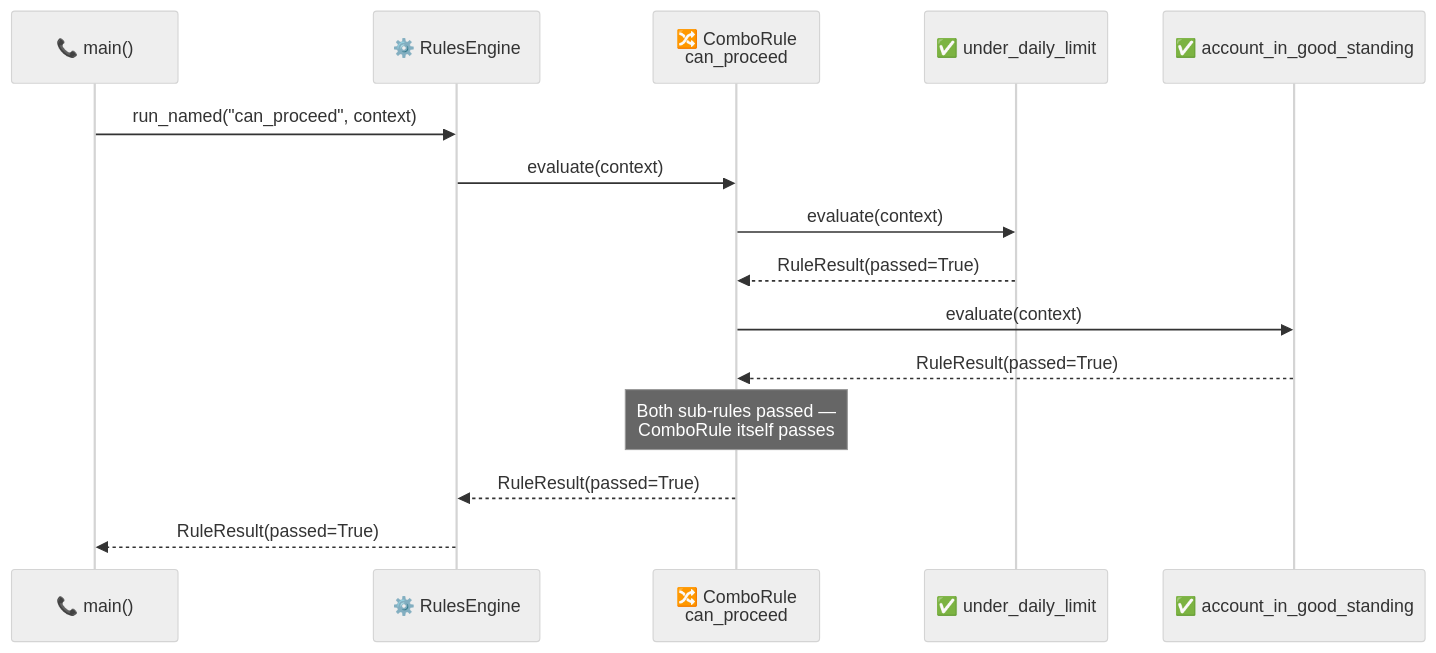
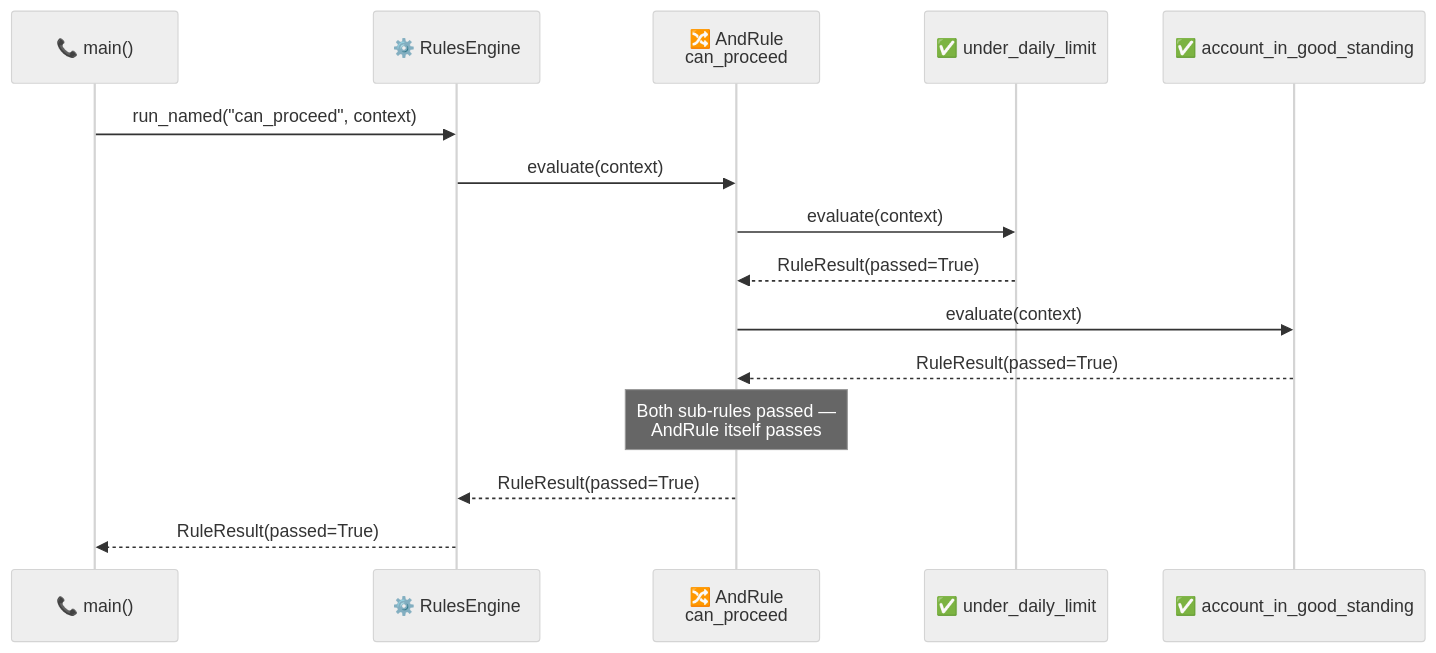
One commit to pawan-vyas/verdict-rules changed the diagram in python/docs/quickstart.md. Above: the diagram before and after it, drawn with Mermaid (neutral theme). The commit also changed other lines of this file and 3 other files, not shown here.

````diff
--- a/python/docs/quickstart.md
+++ b/python/docs/quickstart.md
@@ -76,18 +76,18 @@
 ```mermaid
 sequenceDiagram
     participant Caller as 📞 main()
     participant Engine as ⚙️ RulesEngine
-    participant Combo as 🔀 ComboRule<br/>can_proceed
+    participant Combo as 🔀 AndRule<br/>can_proceed
     participant R1 as ✅ under_daily_limit
     participant R2 as ✅ account_in_good_standing
 
     Caller->>Engine: run_named("can_proceed", context)
     Engine->>Combo: evaluate(context)
     Combo->>R1: evaluate(context)
     R1-->>Combo: RuleResult(passed=True)
     Combo->>R2: evaluate(context)
     R2-->>Combo: RuleResult(passed=True)
-    Note over Combo: Both sub-rules passed —<br/>ComboRule itself passes
+    Note over Combo: Both sub-rules passed —<br/>AndRule itself passes
     Combo-->>Engine: RuleResult(passed=True)
     Engine-->>Caller: RuleResult(passed=True)
 ```
````
